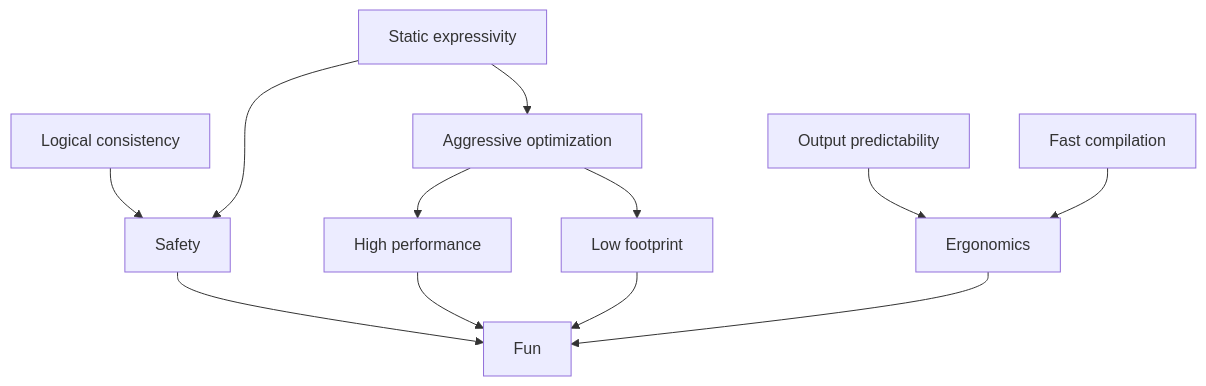
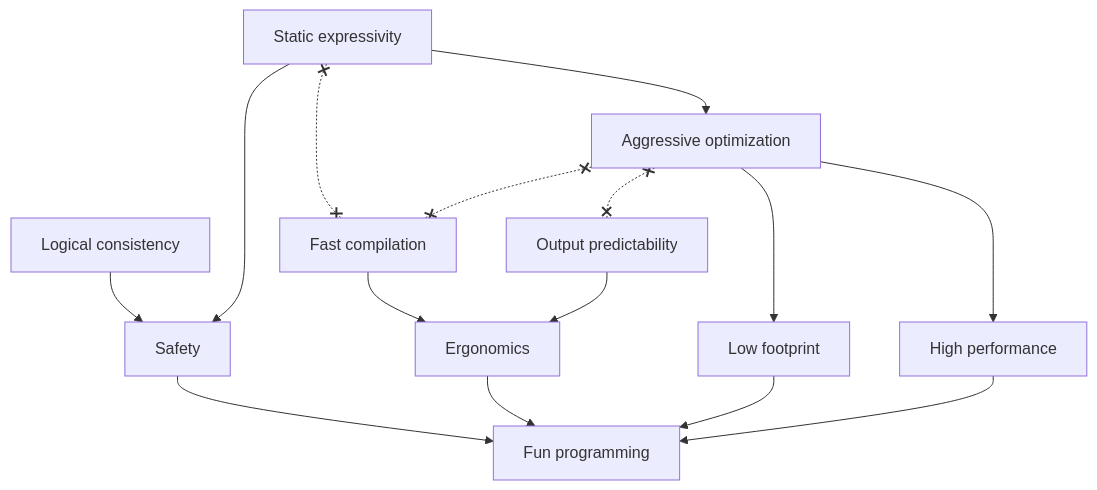
Before and after one commit to mcenv/mce: the diagram in README.md, drawn with Mermaid.

Commit message:
Add conflicting edges to goals

````diff
--- a/README.md
+++ b/README.md
@@ -9,14 +9,17 @@
 ```mermaid
 flowchart TB
-   LC[Logical consistency]   --> S[Safety]
-   SE[Static expressivity]   --> AO[Aggressive optimization]
-   SE                        --> S[Safety]
-   AO                        --> HP[High performance]
-   AO                        --> LF[Low footprint]
-   OP[Output predictability] --> E[Ergonomics]
-   FC[Fast compilation]      --> E
-   S                         --> F[Fun]
-   HP                        --> F
-   LF                        --> F
-   E                         --> F
+   LC[Logical consistency]       --> S
+   SE[Static expressivity]       --> AO
+   SE                          x-.-x FC
+   SE                            --> S
+   AO[Aggressive optimization]   --> HP
+   AO                            --> LF
+   AO                          x-.-x OP
+   AO                          x-.-x FC
+   OP[Output predictability]     --> E
+   FC[Fast compilation]          --> E
+   S[Safety]                     --> FP
+   HP[High performance]          --> FP
+   LF[Low footprint]             --> FP
+   E[Ergonomics]                 --> FP[Fun programming]
 ```
````
